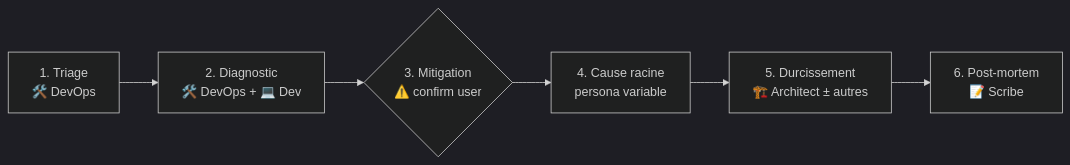
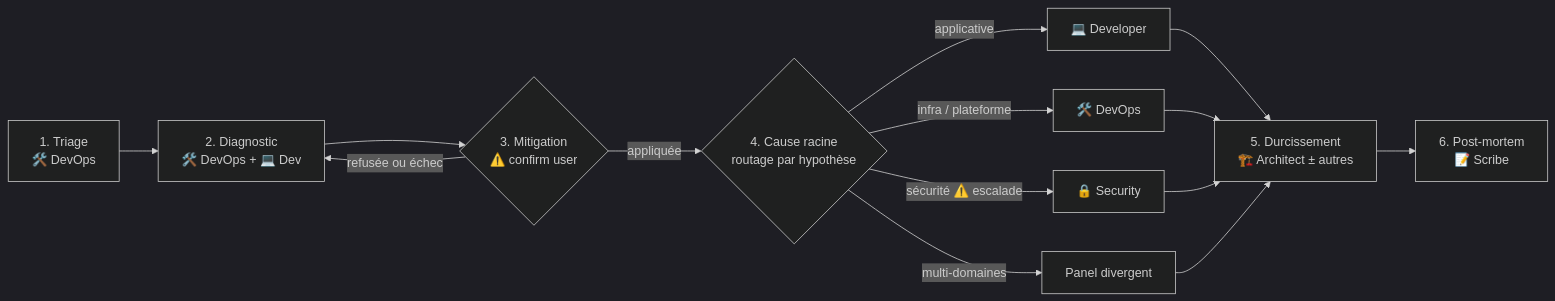
Before and after one commit to zavrocKk/zav-sandbox: the diagram in agents/workflows/incident-response.md, drawn with Mermaid (dark theme). The commit also changed other lines of this file and 2 other files, not shown here.

Commit message:
fix(workflows): align mermaid diagrams with prose rules
- incident-response: decision branches on mitigation (refused/failed -> back
  to diagnostic) and root-cause routing by hypothesis type (Dev/DevOps/
  Security+escalade/Panel divergent), previously prose-only (rules L33-40)
- code-analysis: phases 2-5 now parallel fan-out from inventory, matching
  the divergent regime the party-mode module mandates for audits
- feature-development: QA closed loop made visible (blocking gaps -> back
  to implementation), matching the 'boucle fermee' rule

Diagrams now encode the binary rules instead of leaving them prose-only
(principe directeur 2026-05-09: regles binaires > narratives).

````diff
--- a/agents/workflows/incident-response.md
+++ b/agents/workflows/incident-response.md
@@ -7,8 +7,16 @@
 ```mermaid
 flowchart LR
   T[1. Triage<br/>🛠️ DevOps] --> D[2. Diagnostic<br/>🛠️ DevOps + 💻 Dev]
   D --> M{3. Mitigation<br/>⚠️ confirm user}
-  M --> R[4. Cause racine<br/>persona variable]
-  R --> H[5. Durcissement<br/>🏗️ Architect ± autres]
+  M -->|refusée ou échec| D
+  M -->|appliquée| R{4. Cause racine<br/>routage par hypothèse}
+  R -->|applicative| DEV[💻 Developer]
+  R -->|infra / plateforme| OPS[🛠️ DevOps]
+  R -->|sécurité ⚠️ escalade| SEC[🔒 Security]
+  R -->|multi-domaines| PAN[Panel divergent]
+  DEV --> H[5. Durcissement<br/>🏗️ Architect ± autres]
+  OPS --> H
+  SEC --> H
+  PAN --> H
   H --> P[6. Post-mortem<br/>📝 Scribe]
 ```
````
